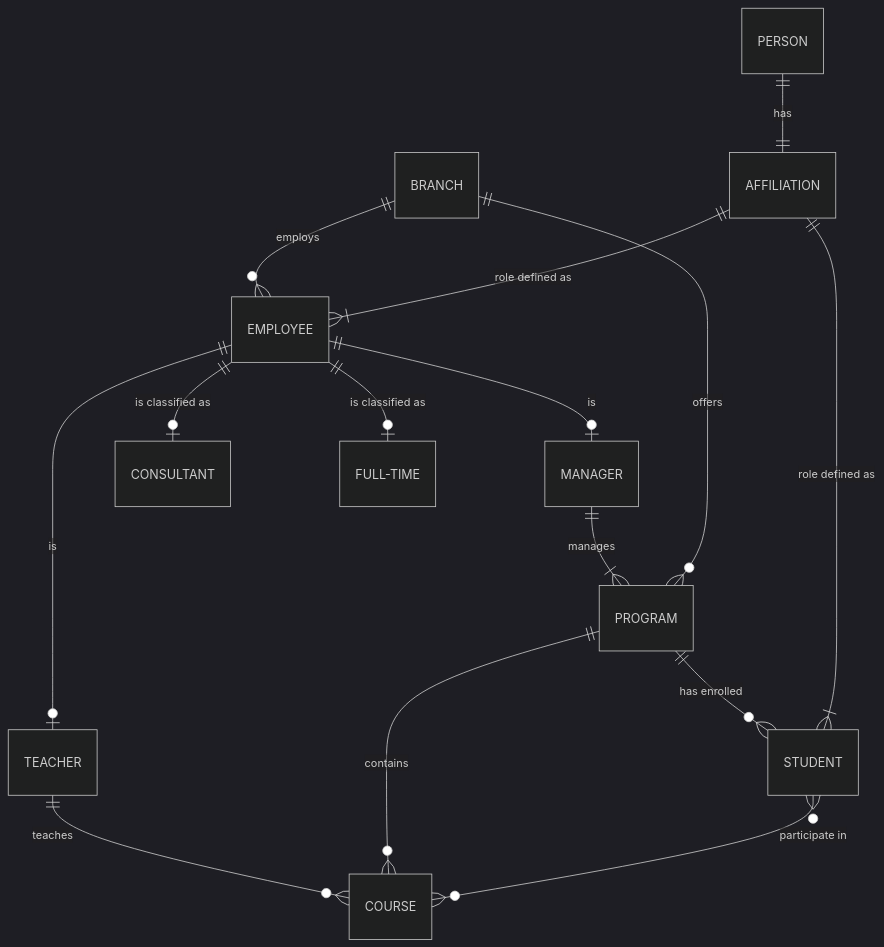
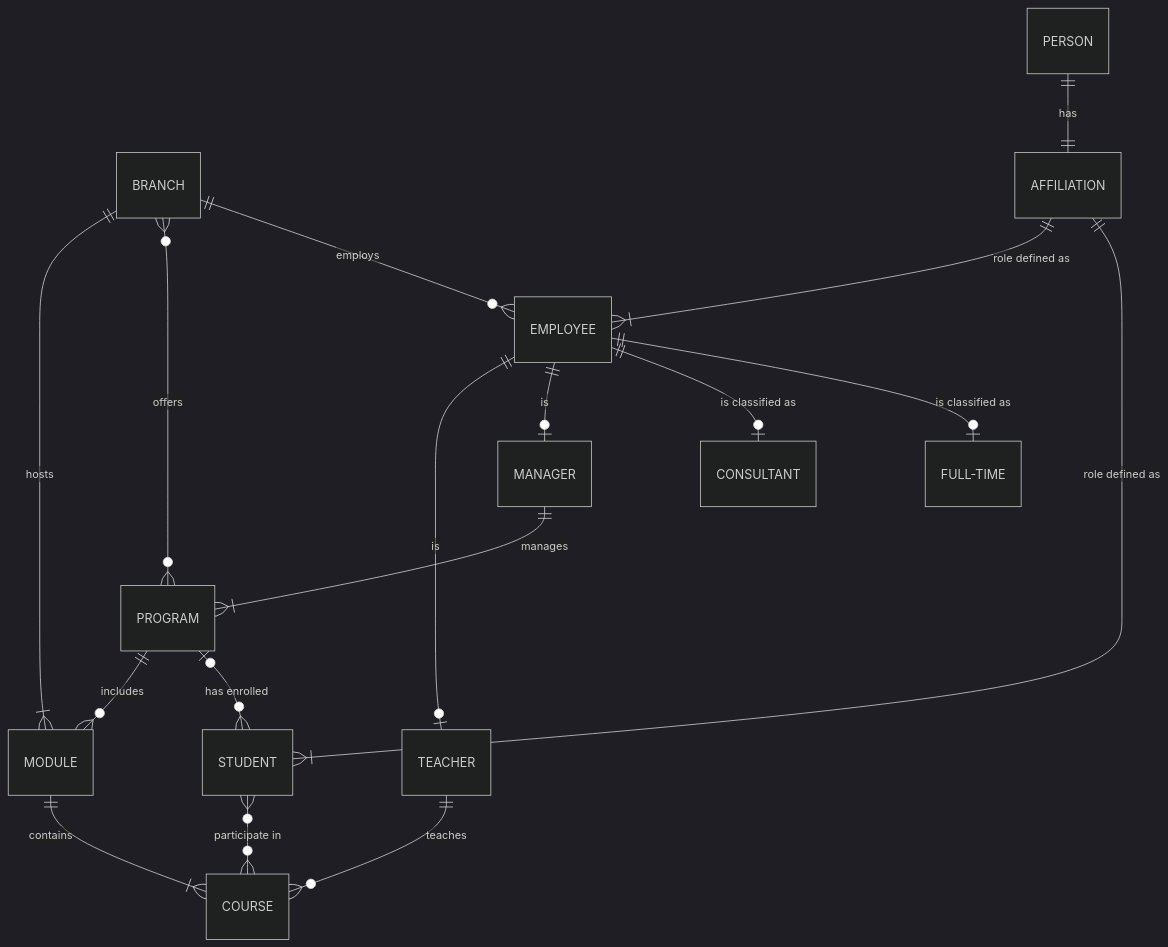
Before and after one commit to svartfika/data-modeling-svartfika-de24: the diagram in yh_labb/labb_0/conceptual.md, drawn with Mermaid (dark theme). The commit also changed 1 other file, not shown here.

Commit message:
added course modules

````diff
--- a/yh_labb/labb_0/conceptual.md
+++ b/yh_labb/labb_0/conceptual.md
@@ -1,22 +1,24 @@
 ```mermaid
 erDiagram
+    BRANCH  ||--|{ MODULE : "hosts"
+    BRANCH  }o--o{ PROGRAM : "offers"
+    PROGRAM ||--o{ MODULE : "includes"
+    MODULE  ||--|{ COURSE : "contains"
+
     PERSON      ||--|| AFFILIATION : "has"
     AFFILIATION ||--|{ EMPLOYEE : "role defined as"
     AFFILIATION ||--|{ STUDENT : "role defined as"
-
-    PROGRAM  ||--o{ STUDENT : "has enrolled"
-    STUDENT  }o--o{ COURSE : "participate in"
-
-    BRANCH   ||--o{ PROGRAM : "offers"
-    PROGRAM  ||--o{ COURSE : "contains"
 
     BRANCH   ||--o{ EMPLOYEE : "employs"
     EMPLOYEE ||--o| TEACHER : "is"
     EMPLOYEE ||--o| MANAGER : "is"
 
     EMPLOYEE ||--o| CONSULTANT : "is classified as"
     EMPLOYEE ||--o| FULL-TIME : "is classified as"
 
     MANAGER  ||--|{ PROGRAM : "manages"
     TEACHER  ||--o{ COURSE : "teaches"
+
+    PROGRAM  |o--o{ STUDENT : "has enrolled"
+    STUDENT  }o--o{ COURSE : "participate in"
 ```
````
